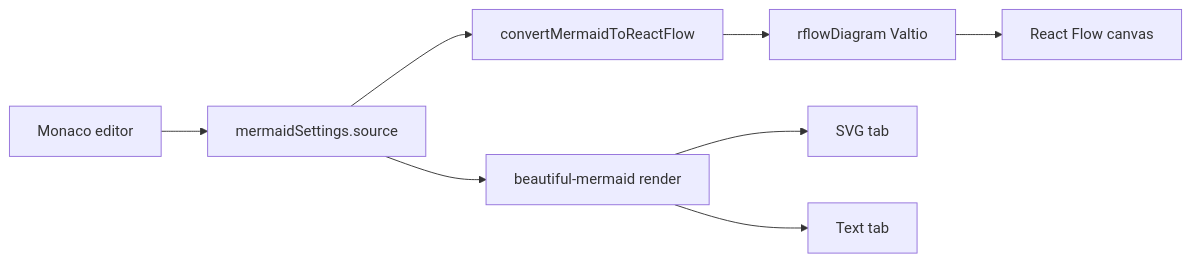
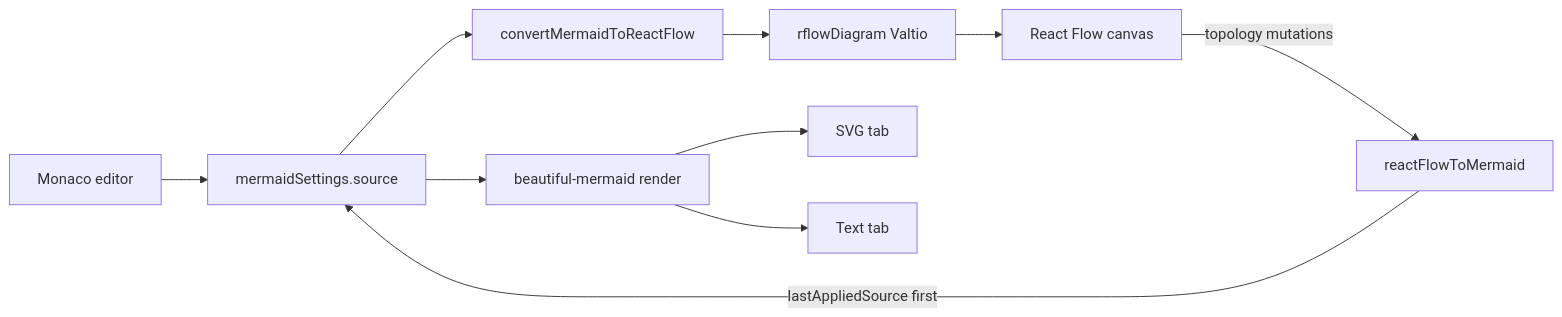
One commit to maxzz/mermaid-rflow changed the third of 4 diagrams in README.md. Above: the diagram before and after it, drawn with Mermaid. The commit also changed other lines of this file and 17 other files, not shown here.

Commit message:
WIP. sync with editor tab flow. 2. grok-46-xhigh

````diff
--- a/README.md
+++ b/README.md
@@ -59,10 +59,12 @@
 ```mermaid
 flowchart LR
     Monaco[Monaco editor] --> Source["mermaidSettings.source"]
     Source --> Convert[convertMermaidToReactFlow]
     Convert --> FlowStore["rflowDiagram Valtio"]
     FlowStore --> Canvas[React Flow canvas]
+    Canvas -->|"topology mutations"| Serialize[reactFlowToMermaid]
+    Serialize -->|"lastAppliedSource first"| Source
     Source --> BmRender["beautiful-mermaid render"]
     BmRender --> Svg[SVG tab]
     BmRender --> Text[Text tab]
 ```
````
